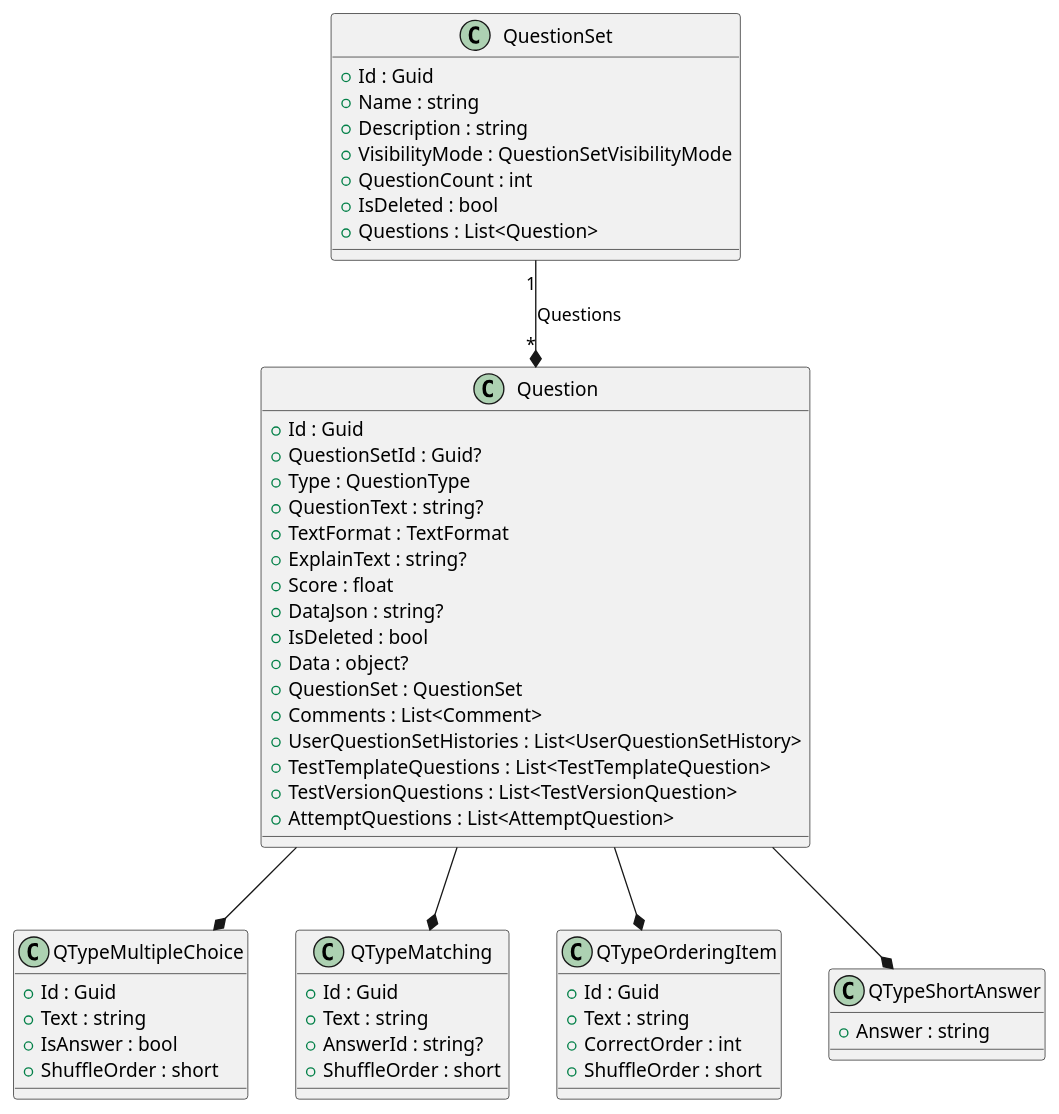
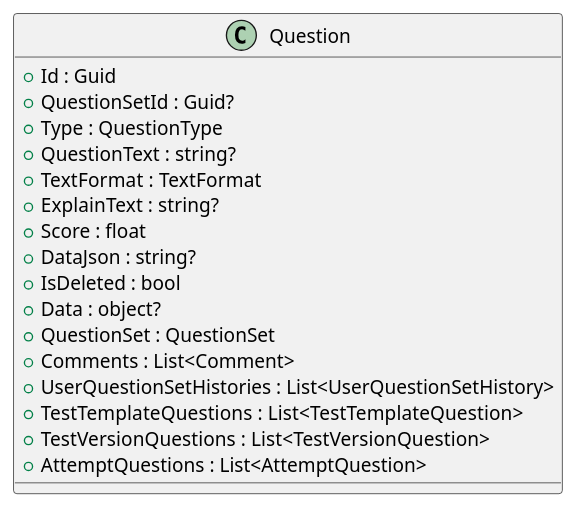
Before and after one commit to thanhkhac/AIQuizzizz-Backend: the diagram in document/entities/Question.puml, drawn with PlantUML. The commit also changed 10 other files, not shown here.

```diff
--- a/document/entities/Question.puml
+++ b/document/entities/Question.puml
@@ -1,59 +1,21 @@
 @startuml
-' Các entity chính liên quan đến QuestionSet
-class QuestionSet {
-    + Id : Guid
-    + Name : string
-    + Description : string
-    + VisibilityMode : QuestionSetVisibilityMode
-    + QuestionCount : int
-    + IsDeleted : bool
-    + Questions : List<Question>
-}
-
 class Question {
     + Id : Guid
     + QuestionSetId : Guid?
     + Type : QuestionType
     + QuestionText : string?
     + TextFormat : TextFormat
     + ExplainText : string?
     + Score : float
     + DataJson : string?
     + IsDeleted : bool
     + Data : object?
     + QuestionSet : QuestionSet
     + Comments : List<Comment>
     + UserQuestionSetHistories : List<UserQuestionSetHistory>
     + TestTemplateQuestions : List<TestTemplateQuestion>
     + TestVersionQuestions : List<TestVersionQuestion>
     + AttemptQuestions : List<AttemptQuestion>
 }
 
-class QTypeMultipleChoice {
-    + Id : Guid
-    + Text : string
-    + IsAnswer : bool
-    + ShuffleOrder : short
-}
-class QTypeMatching {
-    + Id : Guid
-    + Text : string
-    + AnswerId : string?
-    + ShuffleOrder : short
-}
-class QTypeOrderingItem {
-    + Id : Guid
-    + Text : string
-    + CorrectOrder : int
-    + ShuffleOrder : short
-}
-class QTypeShortAnswer {
-    + Answer : string
-}
-
-QuestionSet "1" --* "*" Question : Questions
-Question --* QTypeMultipleChoice
-Question --* QTypeMatching
-Question --* QTypeOrderingItem
-Question --* QTypeShortAnswer
 @enduml 
```
